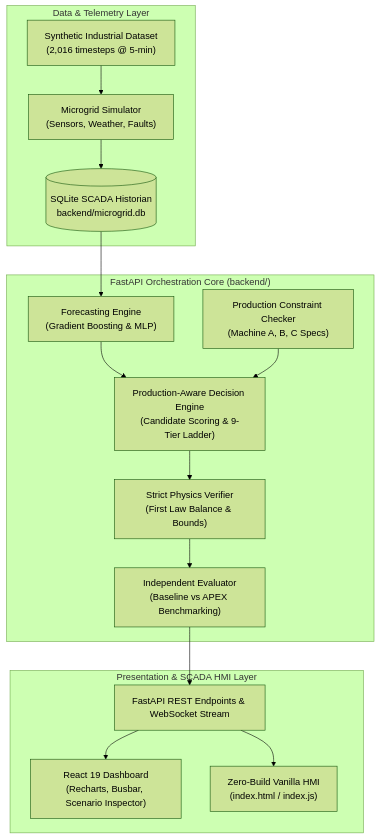
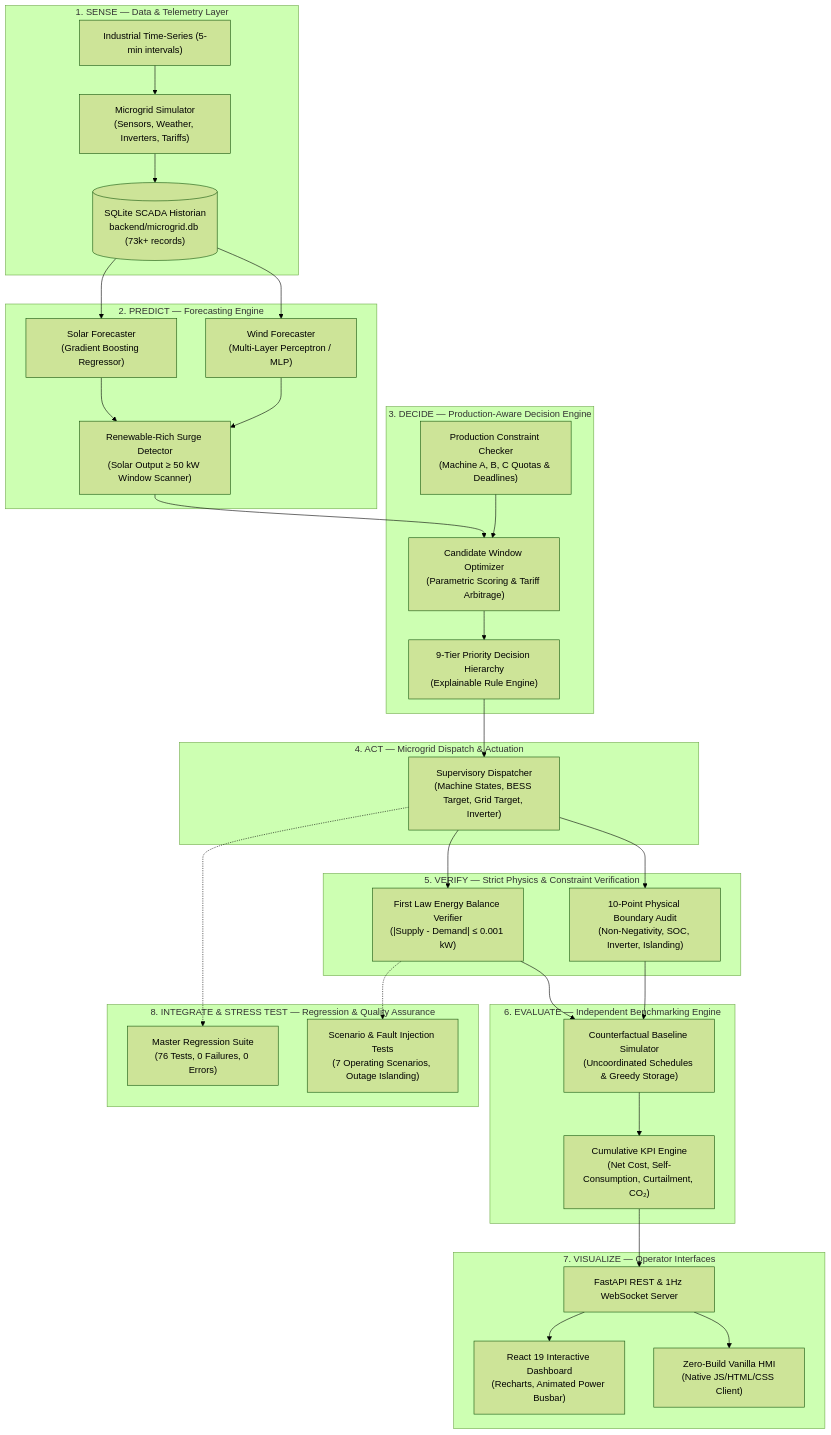
One commit to SNRNirmal/APEX-Energy-Management changed the second of 2 diagrams in README.md. Above: the diagram before and after it, drawn with Mermaid (forest theme). The commit also changed other lines of this file, not shown here.

````diff
--- a/README.md
+++ b/README.md
@@ -65,33 +62,61 @@
 ```mermaid
 flowchart TD
-    subgraph DataLayer ["Data & Telemetry Layer"]
-        Dataset["Synthetic Industrial Dataset<br/>(2,016 timesteps @ 5-min)"]
-        Historian[("SQLite SCADA Historian<br/>backend/microgrid.db")]
-        Sim["Microgrid Simulator<br/>(Sensors, Weather, Faults)"]
+    subgraph SENSE_LAYER ["1. SENSE — Data & Telemetry Layer"]
+        TSData["Industrial Time-Series (5-min intervals)"]
+        Historian[("SQLite SCADA Historian<br/>backend/microgrid.db (73k+ records)")]
+        Simulator["Microgrid Simulator<br/>(Sensors, Weather, Inverters, Tariffs)"]
     end
 
-    subgraph BackendApp ["FastAPI Orchestration Core (backend/)"]
-        Forecaster["Forecasting Engine<br/>(Gradient Boosting & MLP)"]
-        ConstraintEngine["Production Constraint Checker<br/>(Machine A, B, C Specs)"]
-        DecisionEngine["Production-Aware Decision Engine<br/>(Candidate Scoring & 9-Tier Ladder)"]
-        Verifier["Strict Physics Verifier<br/>(First Law Balance & Bounds)"]
-        Evaluator["Independent Evaluator<br/>(Baseline vs APEX Benchmarking)"]
+    subgraph PREDICT_LAYER ["2. PREDICT — Forecasting Engine"]
+        SolarML["Solar Forecaster<br/>(Gradient Boosting Regressor)"]
+        WindML["Wind Forecaster<br/>(Multi-Layer Perceptron / MLP)"]
+        SurgeDetector["Renewable-Rich Surge Detector<br/>(Solar Output ≥ 50 kW Window Scanner)"]
     end
 
-    subgraph Presentation ["Presentation & SCADA HMI Layer"]
-        ReactUI["React 19 Dashboard<br/>(Recharts, Busbar, Scenario Inspector)"]
-        VanillaHMI["Zero-Build Vanilla HMI<br/>(index.html / index.js)"]
-        REST_WS["FastAPI REST Endpoints & WebSocket Stream"]
+    subgraph DECIDE_LAYER ["3. DECIDE — Production-Aware Decision Engine"]
+        ConstraintChecker["Production Constraint Checker<br/>(Machine A, B, C Quotas & Deadlines)"]
+        WindowScorer["Candidate Window Optimizer<br/>(Parametric Scoring & Tariff Arbitrage)"]
+        PriorityLadder["9-Tier Priority Decision Hierarchy<br/>(Explainable Rule Engine)"]
     end
 
-    Dataset --> Sim
-    Sim --> Historian
-    Historian --> Forecaster
-    Forecaster --> DecisionEngine
-    ConstraintEngine --> DecisionEngine
-    DecisionEngine --> Verifier
-    Verifier --> Evaluator
-    Evaluator --> REST_WS
-    REST_WS --> ReactUI
-    REST_WS --> VanillaHMI
+    subgraph ACT_LAYER ["4. ACT — Microgrid Dispatch & Actuation"]
+        Dispatcher["Supervisory Dispatcher<br/>(Machine States, BESS Target, Grid Target, Inverter)"]
+    end
+
+    subgraph VERIFY_LAYER ["5. VERIFY — Strict Physics & Constraint Verification"]
+        FirstLaw["First Law Energy Balance Verifier<br/>(|Supply - Demand| ≤ 0.001 kW)"]
+        BoundaryAudit["10-Point Physical Boundary Audit<br/>(Non-Negativity, SOC, Inverter, Islanding)"]
+    end
+
+    subgraph EVALUATE_LAYER ["6. EVALUATE — Independent Benchmarking Engine"]
+        BaselineEngine["Counterfactual Baseline Simulator<br/>(Uncoordinated Schedules & Greedy Storage)"]
+        KPICalculator["Cumulative KPI Engine<br/>(Net Cost, Self-Consumption, Curtailment, CO₂)"]
+    end
+
+    subgraph VISUALIZE_LAYER ["7. VISUALIZE — Operator Interfaces"]
+        ReactDashboard["React 19 Interactive Dashboard<br/>(Recharts, Animated Power Busbar)"]
+        VanillaHMI["Zero-Build Vanilla HMI<br/>(Native JS/HTML/CSS Client)"]
+        REST_WS["FastAPI REST & 1Hz WebSocket Server"]
+    end
+
+    subgraph TEST_LAYER ["8. INTEGRATE & STRESS TEST — Regression & Quality Assurance"]
+        MasterTestRunner["Master Regression Suite<br/>(76 Tests, 0 Failures, 0 Errors)"]
+        StressHarness["Scenario & Fault Injection Tests<br/>(7 Operating Scenarios, Outage Islanding)"]
+    end
+
+    TSData --> Simulator
+    Simulator --> Historian
+    Historian --> SolarML & WindML
+    SolarML & WindML --> SurgeDetector
+    SurgeDetector --> WindowScorer
+    ConstraintChecker --> WindowScorer
+    WindowScorer --> PriorityLadder
+    PriorityLadder --> Dispatcher
+    Dispatcher --> FirstLaw & BoundaryAudit
+    FirstLaw & BoundaryAudit --> BaselineEngine
+    BaselineEngine --> KPICalculator
+    KPICalculator --> REST_WS
+    REST_WS --> ReactDashboard & VanillaHMI
+    Dispatcher -.-> MasterTestRunner
+    FirstLaw -.-> StressHarness
 ```
````
